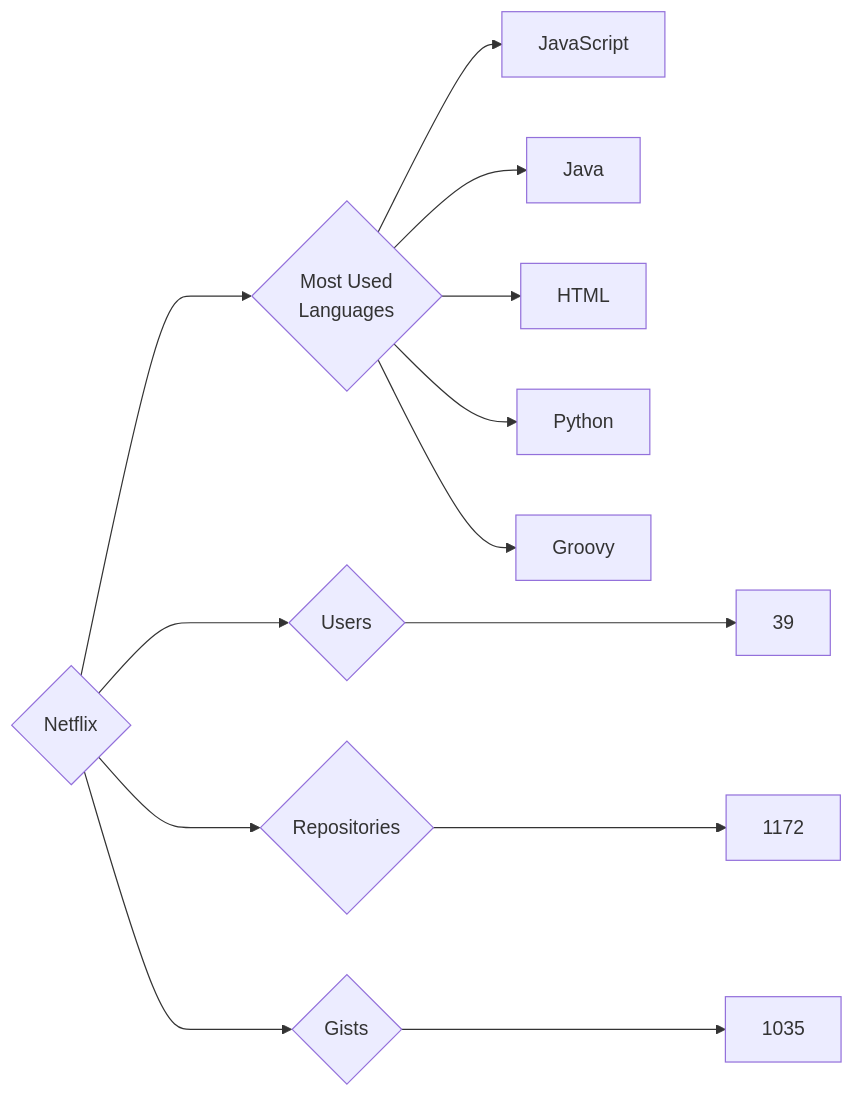
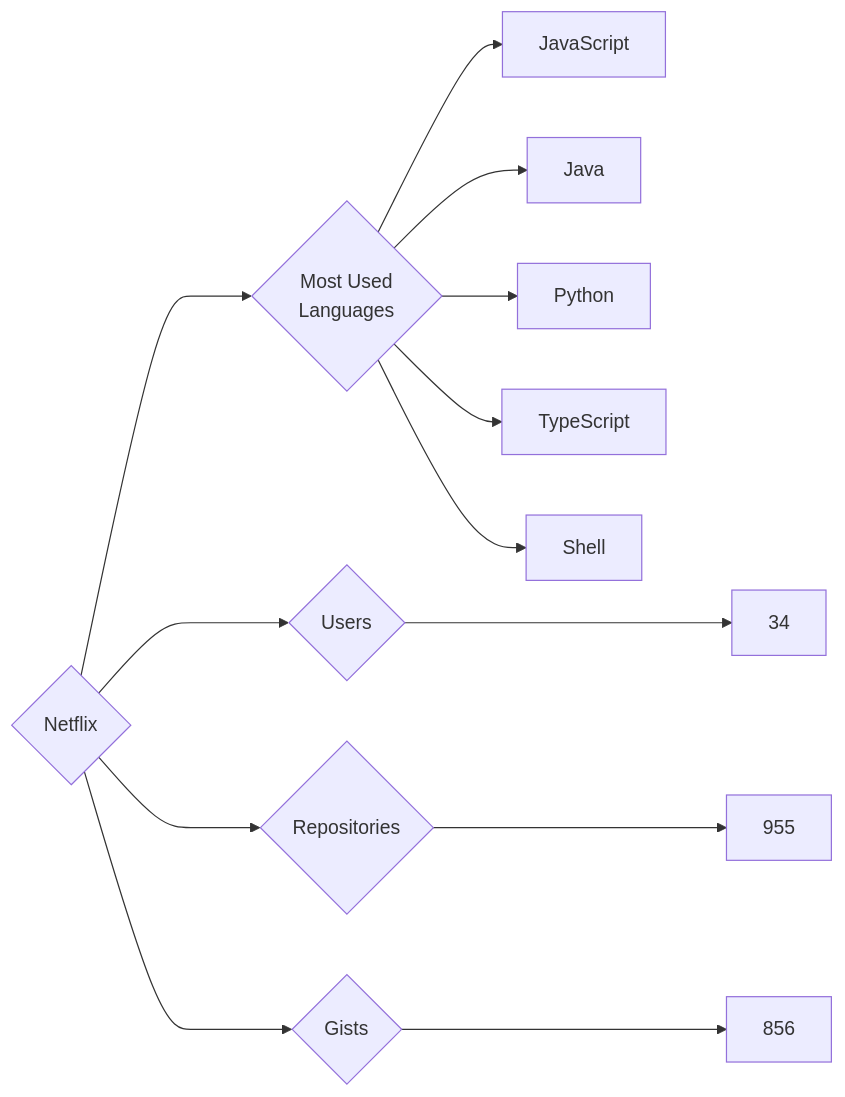
The diagram in targets/Netflix/README.md (trickest/insiders), drawn with Mermaid before and after one commit. The commit also changed 964 other files, not shown here.

````diff
--- a/targets/Netflix/README.md
+++ b/targets/Netflix/README.md
@@ -3,13 +3,13 @@
 ```mermaid
 graph LR
 COMPANY_NAME{Netflix}
-COMPANY_NAME ---> U{Users} ---> UN[39]
-COMPANY_NAME ---> R{Repositories} ---> RN[1172]
-COMPANY_NAME ---> G{Gists} ---> GN[1035]
+COMPANY_NAME ---> U{Users} ---> UN[34]
+COMPANY_NAME ---> R{Repositories} ---> RN[955]
+COMPANY_NAME ---> G{Gists} ---> GN[856]
 COMPANY_NAME ---> ML{Most Used<br>Languages}
 ML --> JavaScript[JavaScript]
 ML --> Java[Java]
-ML --> HTML[HTML]
 ML --> Python[Python]
-ML --> Groovy[Groovy]
+ML --> TypeScript[TypeScript]
+ML --> Shell[Shell]
 ```
````
